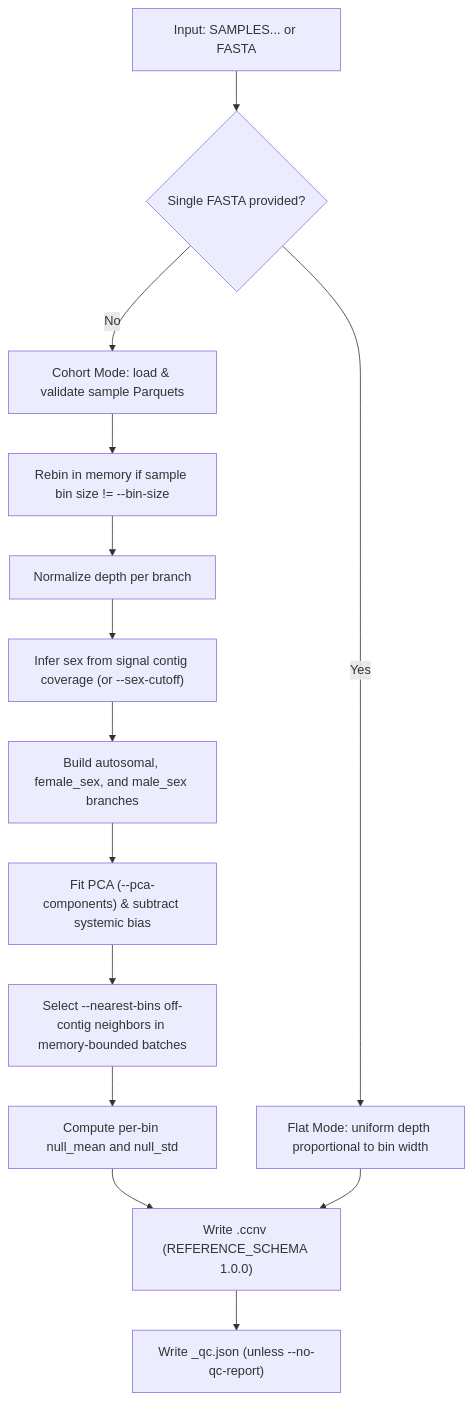
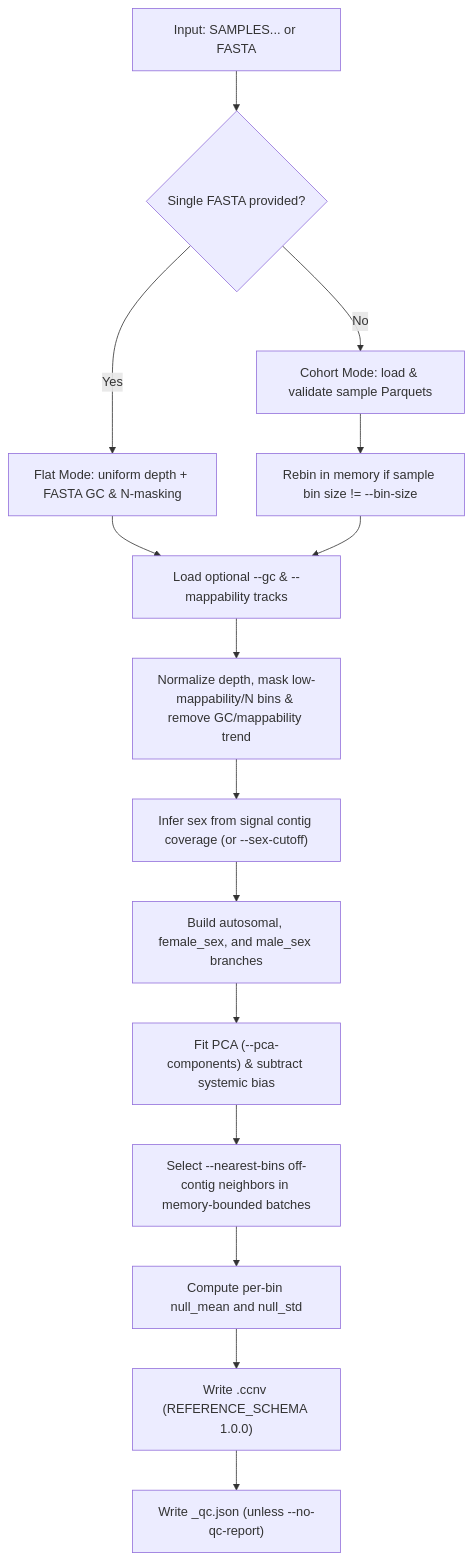
The third of 4 diagrams in docs/pipeline.md (matthdsm/ccnv), drawn with Mermaid before and after one commit. The commit also changed other lines of this file and 23 other files, not shown here.

````diff
--- a/docs/pipeline.md
+++ b/docs/pipeline.md
@@ -55,16 +55,17 @@
 ```mermaid
 flowchart TD
     InputArg["Input: SAMPLES... or FASTA"] --> ModeDecision{"Single FASTA provided?"}
-    ModeDecision -- Yes --> FlatMode["Flat Mode: uniform depth proportional to bin width"]
+    ModeDecision -- Yes --> FlatMode["Flat Mode: uniform depth + FASTA GC & N-masking"]
     ModeDecision -- No --> CohortMode["Cohort Mode: load & validate sample Parquets"]
     CohortMode --> RebinCheck["Rebin in memory if sample bin size != --bin-size"]
-    RebinCheck --> DepthNorm["Normalize depth per branch"]
+    FlatMode --> CovTrack["Load optional --gc & --mappability tracks"]
+    RebinCheck --> CovTrack
+    CovTrack --> DepthNorm["Normalize depth, mask low-mappability/N bins & remove GC/mappability trend"]
     DepthNorm --> SexInference["Infer sex from signal contig coverage (or --sex-cutoff)"]
     SexInference --> BranchPartition["Build autosomal, female_sex, and male_sex branches"]
     BranchPartition --> FitPCA["Fit PCA (--pca-components) & subtract systemic bias"]
     FitPCA --> FitNearest["Select --nearest-bins off-contig neighbors in memory-bounded batches"]
     FitNearest --> FitNull["Compute per-bin null_mean and null_std"]
     FitNull --> WriteRef["Write <prefix>.ccnv (REFERENCE_SCHEMA 1.0.0)"]
     WriteRef --> WriteQC["Write <prefix>_qc.json (unless --no-qc-report)"]
-    FlatMode --> WriteRef
 ```
````
